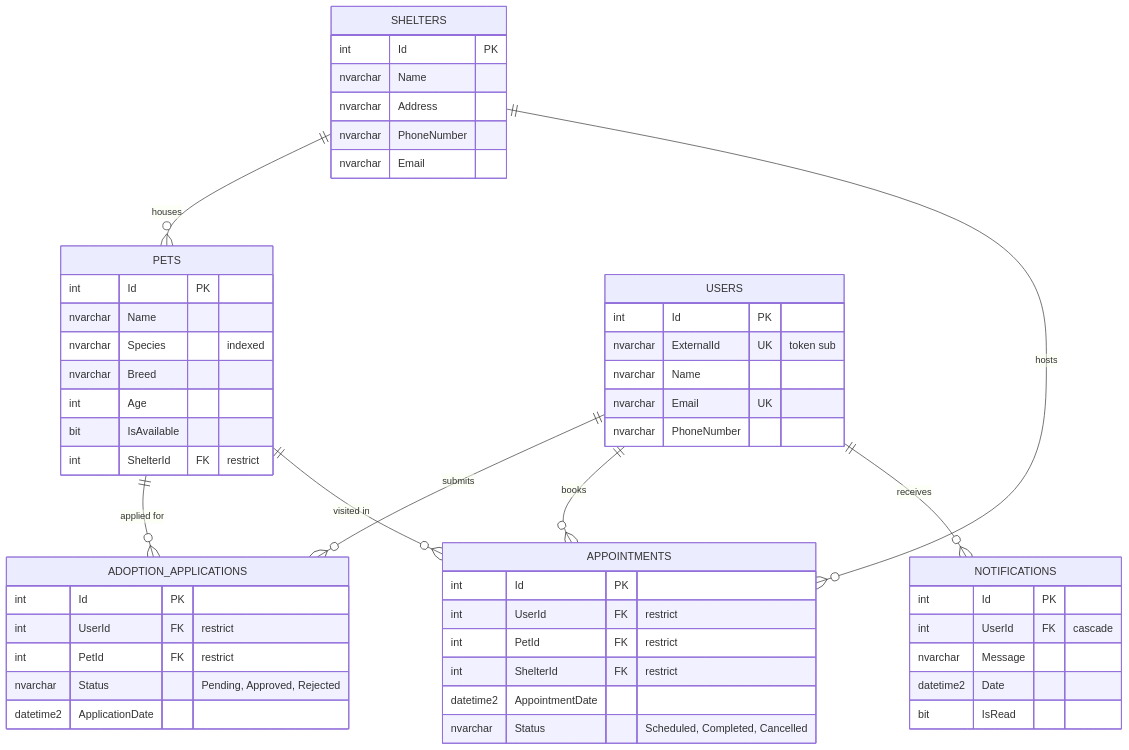
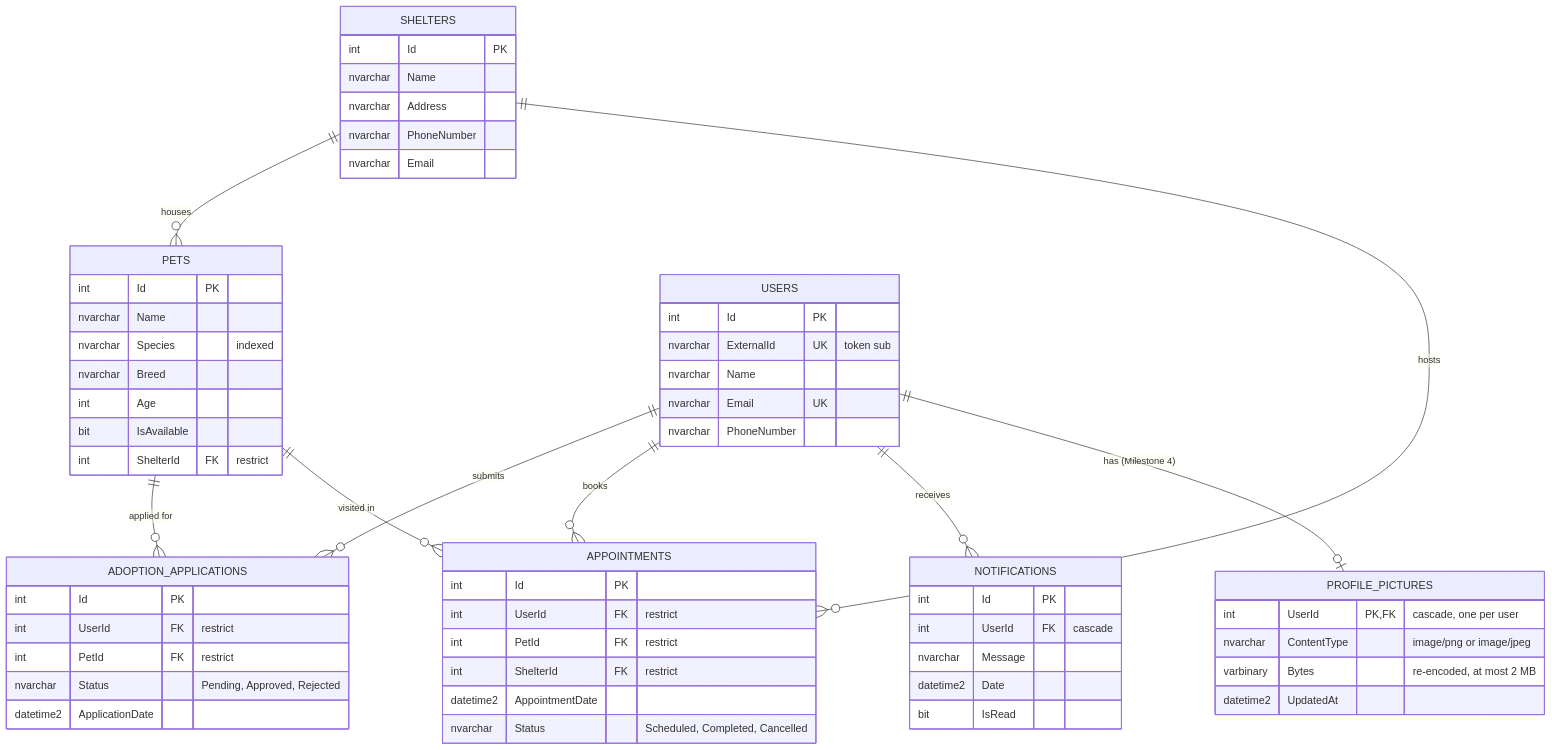
Before and after one commit to AidinYaseri/Team-5-Web-Programming: the diagram in docs/diagrams/database-diagram.mmd, drawn with Mermaid. The commit also changed 7 other files, not shown here.

Commit message:
#43: update README, auth.md and diagrams for Milestone 4

```diff
--- a/docs/diagrams/database-diagram.mmd
+++ b/docs/diagrams/database-diagram.mmd
@@ -1,54 +1,61 @@
 erDiagram
     SHELTERS ||--o{ PETS : houses
     SHELTERS ||--o{ APPOINTMENTS : hosts
     USERS ||--o{ ADOPTION_APPLICATIONS : submits
     PETS ||--o{ ADOPTION_APPLICATIONS : "applied for"
     USERS ||--o{ APPOINTMENTS : books
     PETS ||--o{ APPOINTMENTS : "visited in"
     USERS ||--o{ NOTIFICATIONS : receives
+    USERS ||--o| PROFILE_PICTURES : "has (Milestone 4)"
 
     SHELTERS {
         int Id PK
         nvarchar Name
         nvarchar Address
         nvarchar PhoneNumber
         nvarchar Email
     }
     PETS {
         int Id PK
         nvarchar Name
         nvarchar Species "indexed"
         nvarchar Breed
         int Age
         bit IsAvailable
         int ShelterId FK "restrict"
     }
     USERS {
         int Id PK
         nvarchar ExternalId UK "token sub"
         nvarchar Name
         nvarchar Email UK
         nvarchar PhoneNumber
     }
     ADOPTION_APPLICATIONS {
         int Id PK
         int UserId FK "restrict"
         int PetId FK "restrict"
         nvarchar Status "Pending, Approved, Rejected"
         datetime2 ApplicationDate
     }
     APPOINTMENTS {
         int Id PK
         int UserId FK "restrict"
         int PetId FK "restrict"
         int ShelterId FK "restrict"
         datetime2 AppointmentDate
         nvarchar Status "Scheduled, Completed, Cancelled"
     }
     NOTIFICATIONS {
         int Id PK
         int UserId FK "cascade"
         nvarchar Message
         datetime2 Date
         bit IsRead
     }
+    PROFILE_PICTURES {
+        int UserId PK, FK "cascade, one per user"
+        nvarchar ContentType "image/png or image/jpeg"
+        varbinary Bytes "re-encoded, at most 2 MB"
+        datetime2 UpdatedAt
+    }
```
